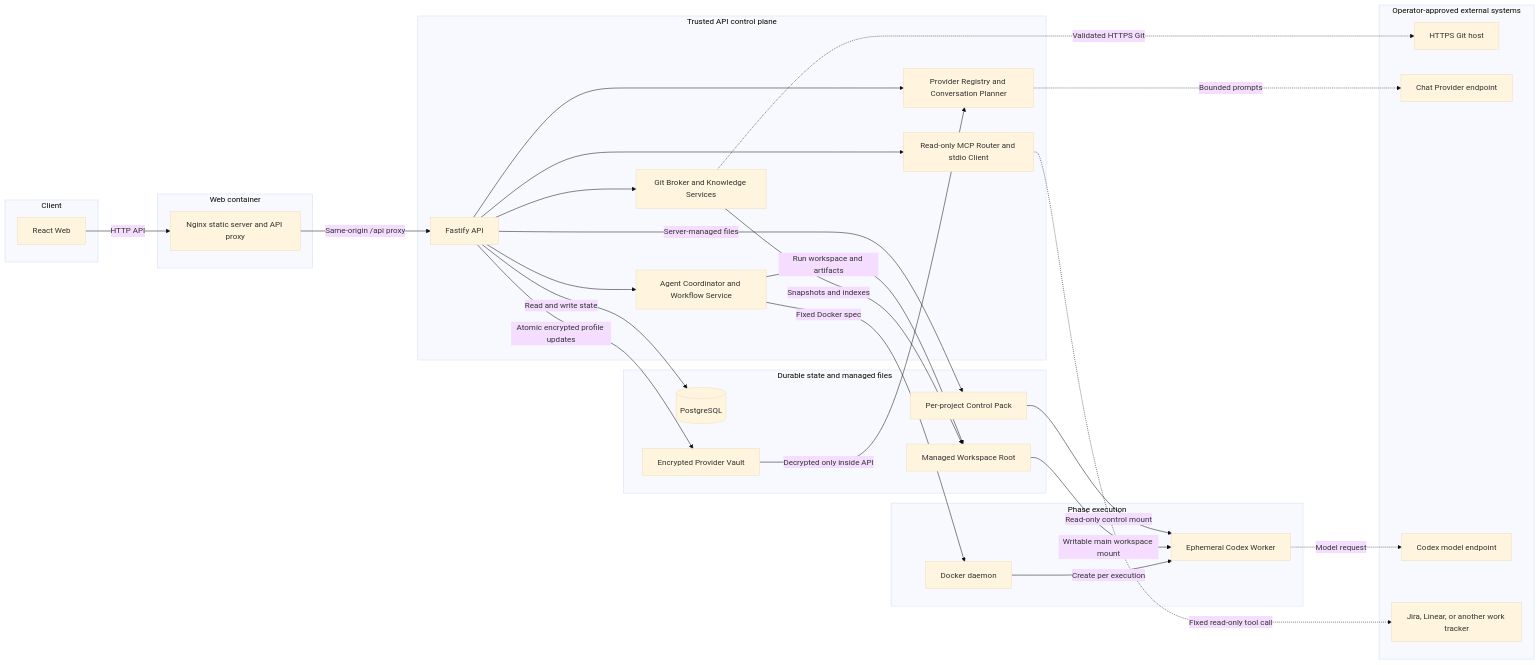
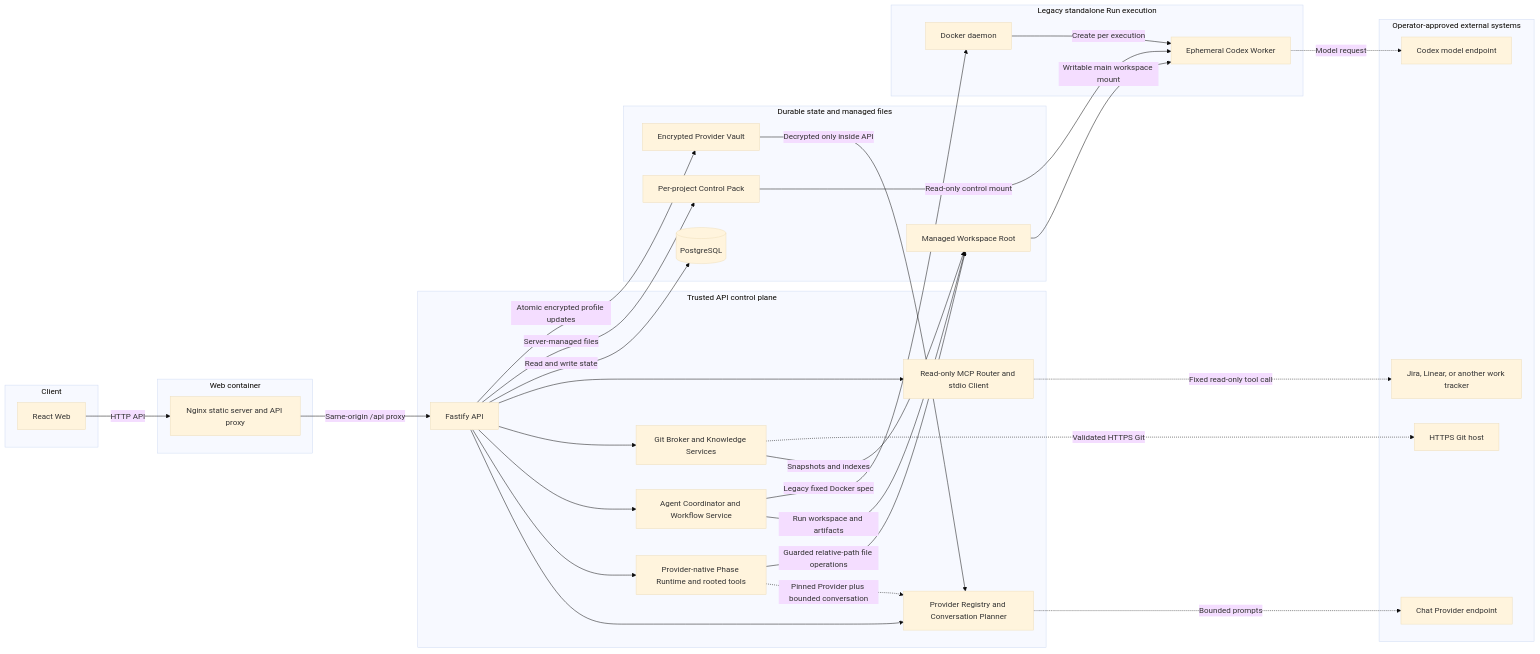
One commit to davych/agents-instruction changed the first of 3 diagrams in platform/docs/technical-design/README.md. Above: the diagram before and after it, drawn with Mermaid (base theme). The commit also changed other lines of this file and 82 other files, not shown here.

````diff
--- a/platform/docs/technical-design/README.md
+++ b/platform/docs/technical-design/README.md
@@ -22,58 +22,62 @@
 ```mermaid
 flowchart LR
     subgraph clientZone["Client"]
         browser["React Web"]
     end
 
     subgraph webZone["Web container"]
         nginx["Nginx static server and API proxy"]
     end
 
     subgraph apiZone["Trusted API control plane"]
         fastify["Fastify API"]
         providerLayer["Provider Registry and Conversation Planner"]
+        providerRuntime["Provider-native Phase Runtime and rooted tools"]
         workflowLayer["Agent Coordinator and Workflow Service"]
         repositoryLayer["Git Broker and Knowledge Services"]
         mcpLayer["Read-only MCP Router and stdio Client"]
     end
 
     subgraph stateZone["Durable state and managed files"]
         postgres[("PostgreSQL")]
         managedRoot["Managed Workspace Root"]
         controlPack["Per-project Control Pack"]
         providerVault["Encrypted Provider Vault"]
     end
 
-    subgraph workerZone["Phase execution"]
+    subgraph workerZone["Legacy standalone Run execution"]
         dockerDaemon["Docker daemon"]
         codexWorker["Ephemeral Codex Worker"]
     end
 
     subgraph externalZone["Operator-approved external systems"]
         gitHost["HTTPS Git host"]
         chatEndpoint["Chat Provider endpoint"]
         codexEndpoint["Codex model endpoint"]
         workTracker["Jira, Linear, or another work tracker"]
     end
 
     browser -->|"HTTP API"| nginx
     nginx -->|"Same-origin /api proxy"| fastify
     fastify --> providerLayer
+    fastify --> providerRuntime
     fastify --> workflowLayer
     fastify --> repositoryLayer
     fastify --> mcpLayer
     fastify -->|"Read and write state"| postgres
     repositoryLayer -->|"Snapshots and indexes"| managedRoot
     workflowLayer -->|"Run workspace and artifacts"| managedRoot
     fastify -->|"Server-managed files"| controlPack
     fastify -->|"Atomic encrypted profile updates"| providerVault
     providerVault -->|"Decrypted only inside API"| providerLayer
     providerLayer -.->|"Bounded prompts"| chatEndpoint
+    providerRuntime -.->|"Pinned Provider plus bounded conversation"| providerLayer
+    providerRuntime -->|"Guarded relative-path file operations"| managedRoot
     repositoryLayer -.->|"Validated HTTPS Git"| gitHost
     mcpLayer -.->|"Fixed read-only tool call"| workTracker
-    workflowLayer -->|"Fixed Docker spec"| dockerDaemon
+    workflowLayer -->|"Legacy fixed Docker spec"| dockerDaemon
     dockerDaemon -->|"Create per execution"| codexWorker
     managedRoot -->|"Writable main workspace mount"| codexWorker
     controlPack -->|"Read-only control mount"| codexWorker
     codexWorker -.->|"Model request"| codexEndpoint
 ```
````
